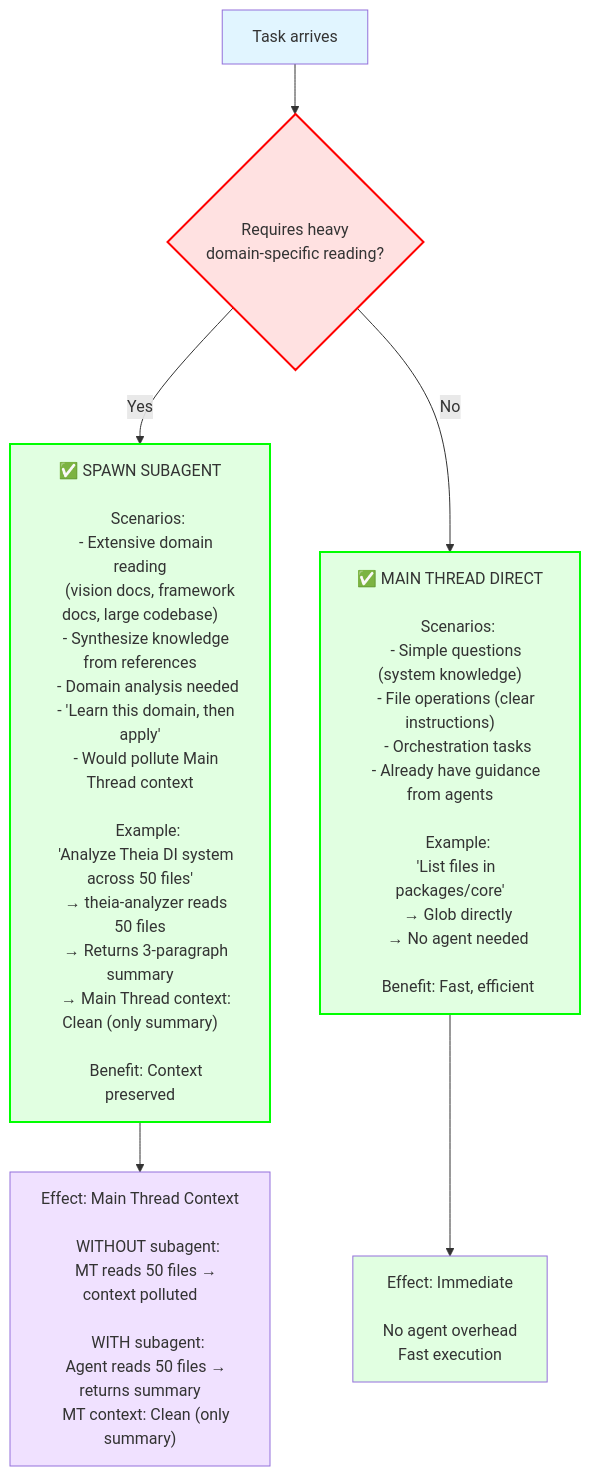
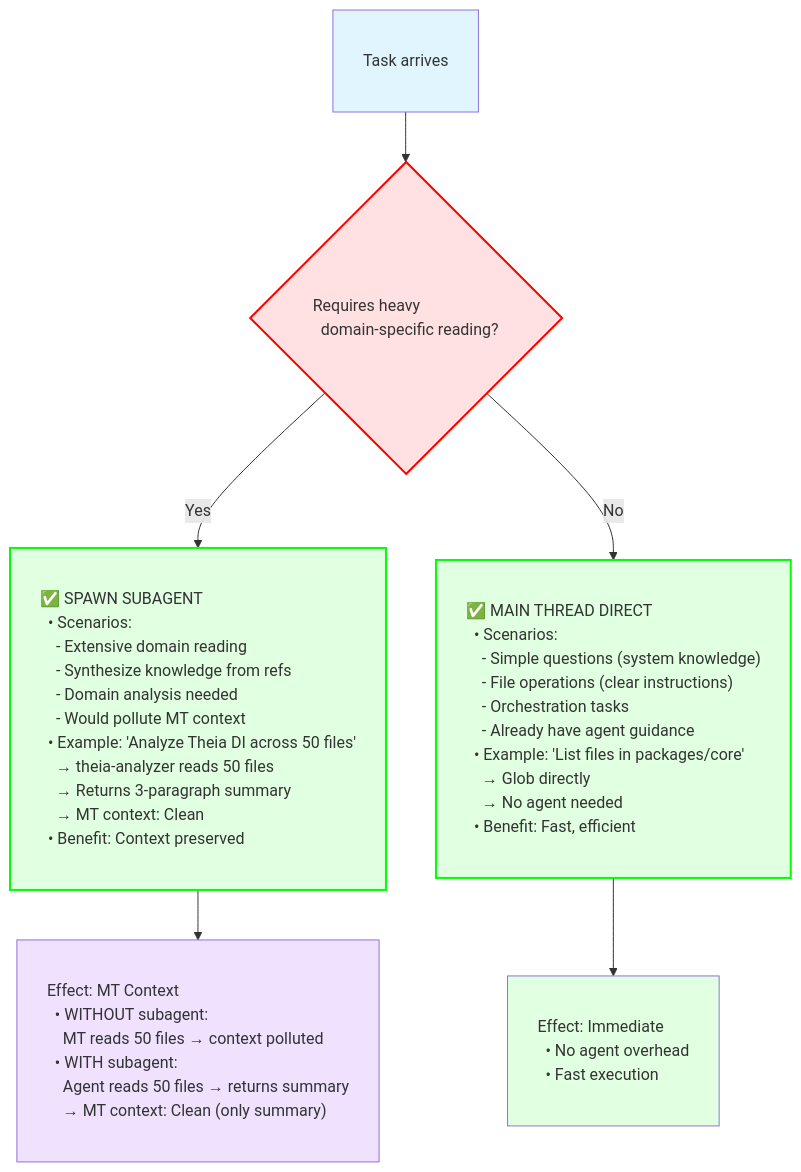
One commit to QUUS-TheSmallCodeTeam/theia-fork changed diagram 19 of 31 in AGENT_SWARM_FLOW_VISUAL.md. Above: the diagram before and after it, drawn with Mermaid. The commit also changed other lines of this file, not shown here.

First line of the commit message:
feat: redesign all mermaid diagrams with vertical flow and left-aligned text

````diff
--- a/AGENT_SWARM_FLOW_VISUAL.md
+++ b/AGENT_SWARM_FLOW_VISUAL.md
@@ -1944,61 +1635,51 @@
 ```mermaid
 flowchart TD
-    Task["Task arrives"]
+    classDef wideBox padding:12px 20px,text-align:left,white-space:pre;
+    classDef wideDecision padding:12px 20px,text-align:left,white-space:pre;
+
+    Task["Task arrives"]:::wideBox
 
     --> Decision{"Requires heavy
-    domain-specific reading?"}
+  domain-specific reading?"}:::wideDecision
 
     Decision -->|Yes| Spawn["✅ SPAWN SUBAGENT
-
-    Scenarios:
+  • Scenarios:
     - Extensive domain reading
-      (vision docs, framework docs, large codebase)
-    - Synthesize knowledge from references
+    - Synthesize knowledge from refs
     - Domain analysis needed
-    - 'Learn this domain, then apply'
-    - Would pollute Main Thread context
-
-    Example:
-    'Analyze Theia DI system across 50 files'
+    - Would pollute MT context
+  • Example: 'Analyze Theia DI across 50 files'
     → theia-analyzer reads 50 files
     → Returns 3-paragraph summary
-    → Main Thread context: Clean (only summary)
-
-    Benefit: Context preserved"]
+    → MT context: Clean
+  • Benefit: Context preserved"]:::wideBox
 
     Decision -->|No| Direct["✅ MAIN THREAD DIRECT
-
-    Scenarios:
+  • Scenarios:
     - Simple questions (system knowledge)
     - File operations (clear instructions)
     - Orchestration tasks
-    - Already have guidance from agents
-
-    Example:
-    'List files in packages/core'
+    - Already have agent guidance
+  • Example: 'List files in packages/core'
     → Glob directly
     → No agent needed
+  • Benefit: Fast, efficient"]:::wideBox
 
-    Benefit: Fast, efficient"]
-
-    Spawn --> Effect1["Effect: Main Thread Context
-
-    WITHOUT subagent:
+    Spawn --> Effect1["Effect: MT Context
+  • WITHOUT subagent:
     MT reads 50 files → context polluted
-
-    WITH subagent:
+  • WITH subagent:
     Agent reads 50 files → returns summary
-    MT context: Clean (only summary)"]
+    → MT context: Clean (only summary)"]:::wideBox
 
     Direct --> Effect2["Effect: Immediate
-
-    No agent overhead
-    Fast execution"]
+  • No agent overhead
+  • Fast execution"]:::wideBox
 
     style Task fill:#e1f5ff
     style Decision fill:#ffe1e1,stroke:#ff0000,stroke-width:2px
     style Spawn fill:#e1ffe1,stroke:#00ff00,stroke-width:2px
     style Direct fill:#e1ffe1,stroke:#00ff00,stroke-width:2px
     style Effect1 fill:#f0e1ff
     style Effect2 fill:#e1ffe1
 ```
````
